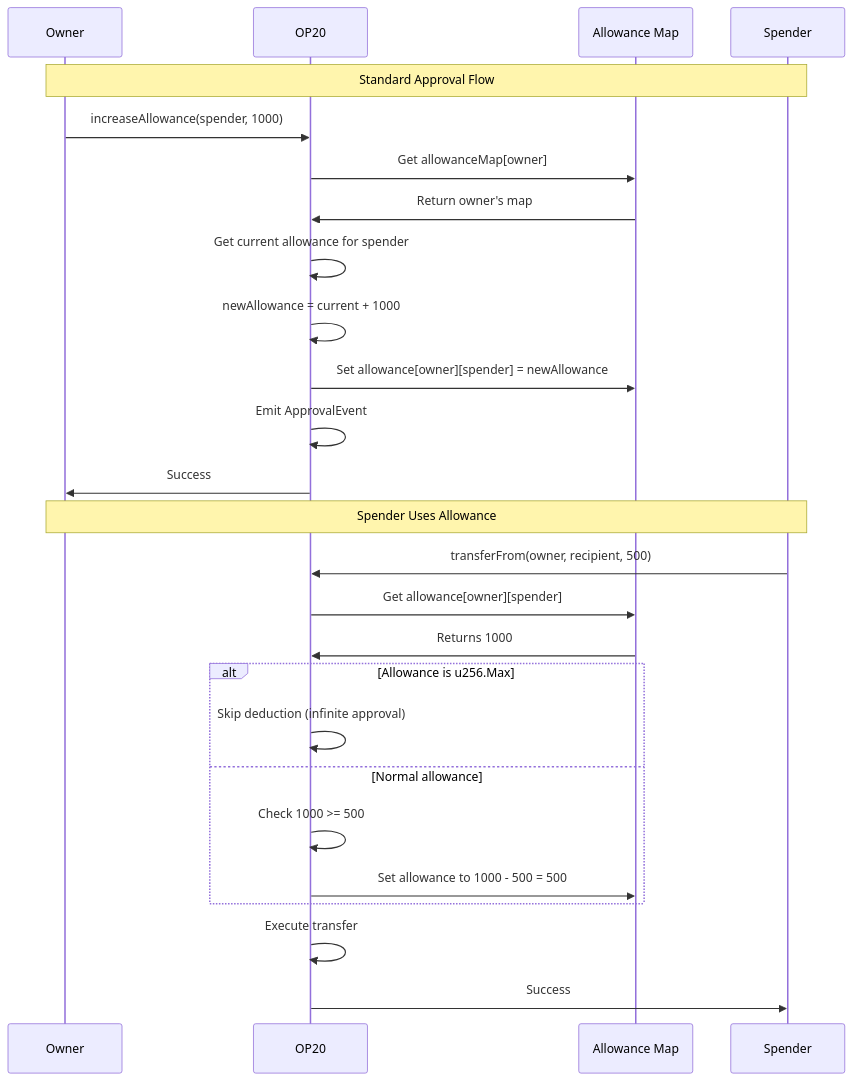
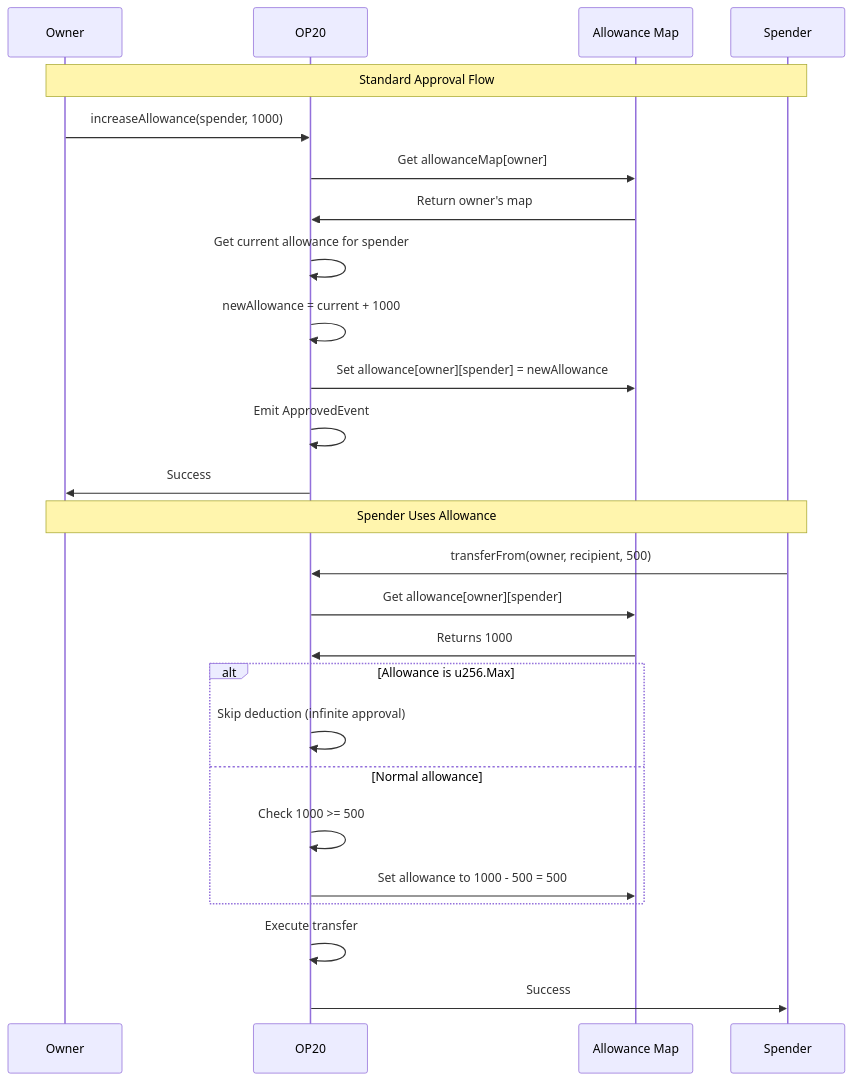
One commit to btc-vision/btc-runtime changed the fifth of 6 diagrams in docs/api-reference/op20.md. Above: the diagram before and after it, drawn with Mermaid. The commit also changed other lines of this file and 30 other files, not shown here.

````diff
--- a/docs/api-reference/op20.md
+++ b/docs/api-reference/op20.md
@@ -371,34 +520,34 @@
 ```mermaid
 sequenceDiagram
     participant Owner
     participant Contract as OP20
     participant AllowMap as Allowance Map
     participant Spender
 
     Note over Owner,Spender: Standard Approval Flow
 
     Owner->>Contract: increaseAllowance(spender, 1000)
     Contract->>AllowMap: Get allowanceMap[owner]
     AllowMap->>Contract: Return owner's map
     Contract->>Contract: Get current allowance for spender
     Contract->>Contract: newAllowance = current + 1000
     Contract->>AllowMap: Set allowance[owner][spender] = newAllowance
-    Contract->>Contract: Emit ApprovalEvent
+    Contract->>Contract: Emit ApprovedEvent
     Contract->>Owner: Success
 
     Note over Owner,Spender: Spender Uses Allowance
 
     Spender->>Contract: transferFrom(owner, recipient, 500)
     Contract->>AllowMap: Get allowance[owner][spender]
     AllowMap->>Contract: Returns 1000
 
     alt Allowance is u256.Max
         Contract->>Contract: Skip deduction (infinite approval)
     else Normal allowance
         Contract->>Contract: Check 1000 >= 500
         Contract->>AllowMap: Set allowance to 1000 - 500 = 500
     end
 
     Contract->>Contract: Execute transfer
     Contract->>Spender: Success
 ```
````
